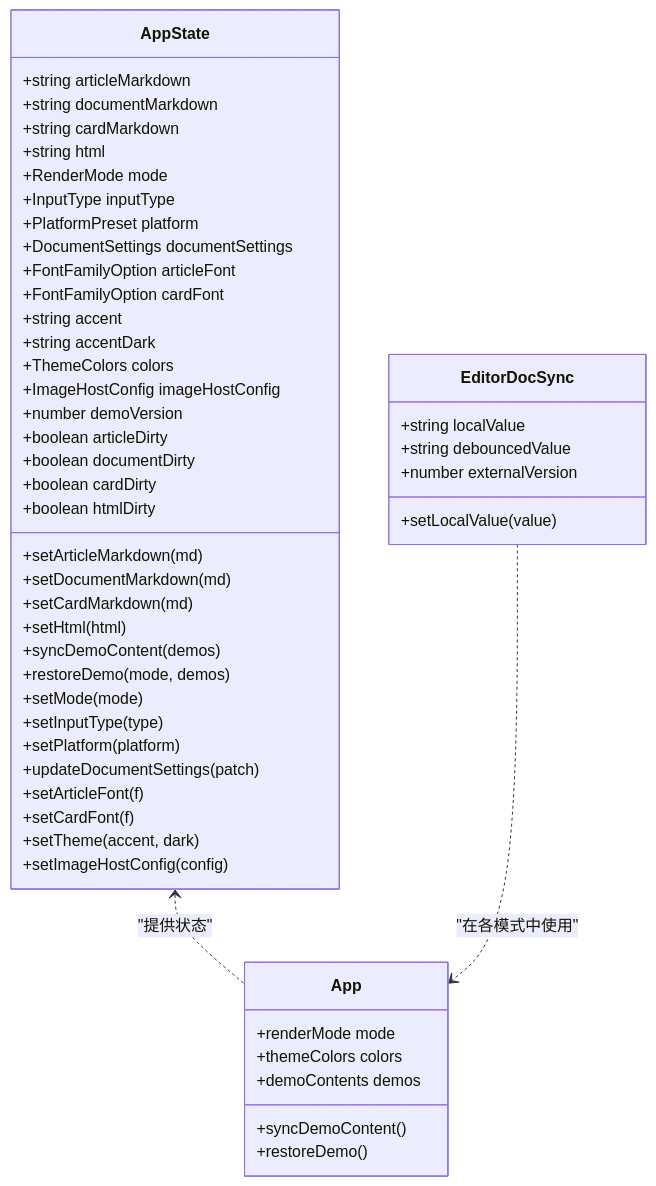
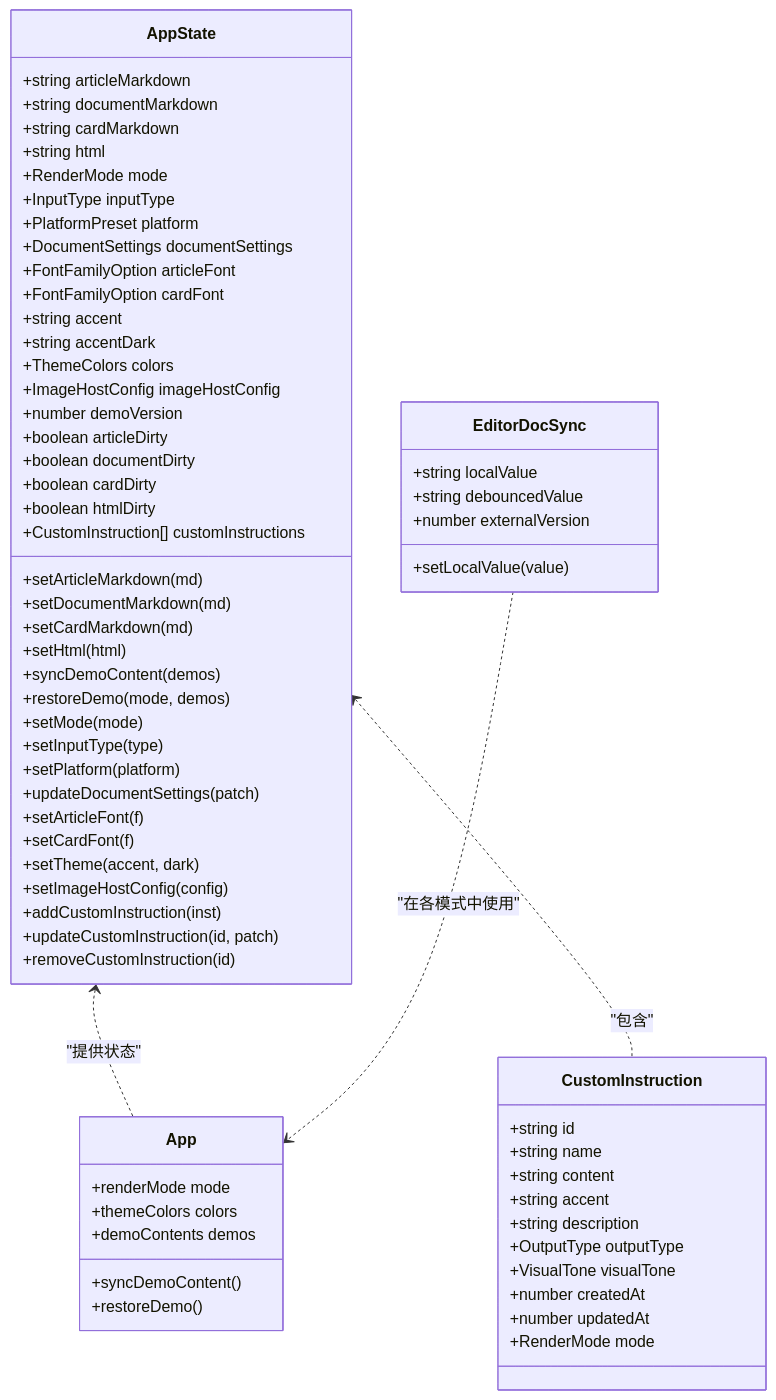
Before and after one commit to ZhongXiandou/markdown2view: the second of 8 diagrams in .qoder/repowiki/zh/content/架构设计/状态管理架构.md, drawn with Mermaid. The commit also changed other lines of this file and 35 other files, not shown here.

````diff
--- a/.qoder/repowiki/zh/content/架构设计/状态管理架构.md
+++ b/.qoder/repowiki/zh/content/架构设计/状态管理架构.md
@@ -99,53 +110,70 @@
 ```mermaid
 classDiagram
 class AppState {
 +string articleMarkdown
 +string documentMarkdown
 +string cardMarkdown
 +string html
 +RenderMode mode
 +InputType inputType
 +PlatformPreset platform
 +DocumentSettings documentSettings
 +FontFamilyOption articleFont
 +FontFamilyOption cardFont
 +string accent
 +string accentDark
 +ThemeColors colors
 +ImageHostConfig imageHostConfig
 +number demoVersion
 +boolean articleDirty
 +boolean documentDirty
 +boolean cardDirty
 +boolean htmlDirty
++CustomInstruction[] customInstructions
 +setArticleMarkdown(md)
 +setDocumentMarkdown(md)
 +setCardMarkdown(md)
 +setHtml(html)
 +syncDemoContent(demos)
 +restoreDemo(mode, demos)
 +setMode(mode)
 +setInputType(type)
 +setPlatform(platform)
 +updateDocumentSettings(patch)
 +setArticleFont(f)
 +setCardFont(f)
 +setTheme(accent, dark)
 +setImageHostConfig(config)
++addCustomInstruction(inst)
++updateCustomInstruction(id, patch)
++removeCustomInstruction(id)
+}
+class CustomInstruction {
++string id
++string name
++string content
++string accent
++string description
++OutputType outputType
++VisualTone visualTone
++number createdAt
++number updatedAt
++RenderMode mode
 }
 class EditorDocSync {
 +string localValue
 +string debouncedValue
 +setLocalValue(value)
 +number externalVersion
 }
 class App {
 +renderMode mode
 +themeColors colors
 +demoContents demos
 +syncDemoContent()
 +restoreDemo()
 }
 AppState <.. App : "提供状态"
+AppState <.. CustomInstruction : "包含"
 EditorDocSync ..> App : "在各模式中使用"
 ```
````
